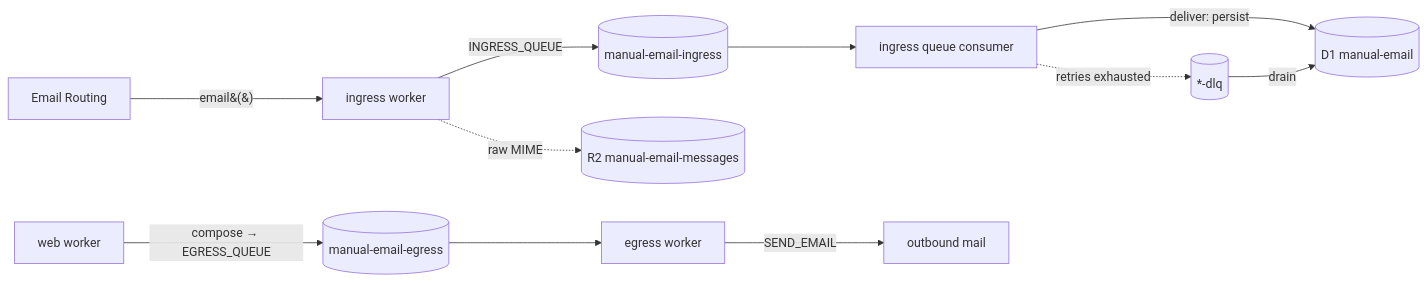
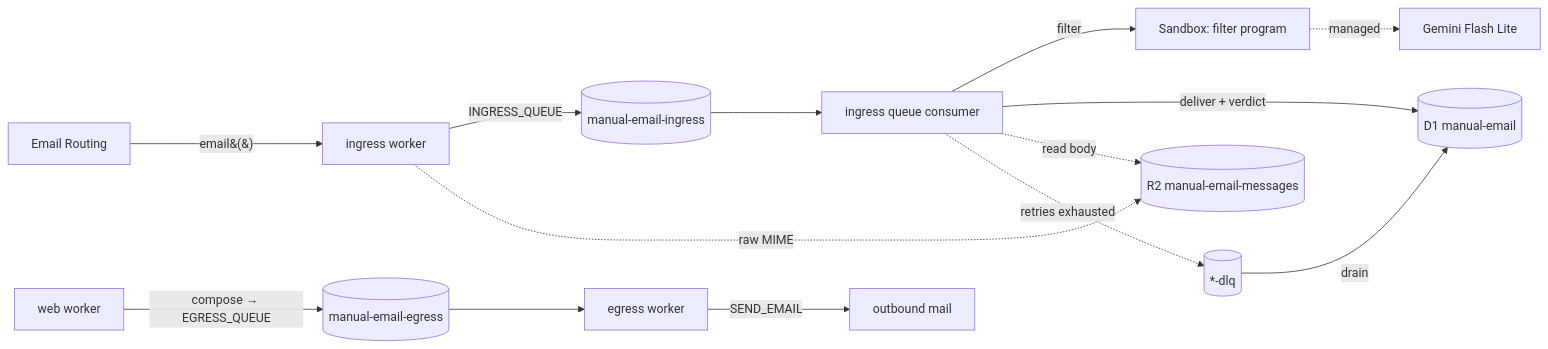
The diagram in docs/architecture.md (rorz/manual.email), drawn with Mermaid before and after one commit. The commit also changed other lines of this file and 20 other files, not shown here.

````diff
--- a/docs/architecture.md
+++ b/docs/architecture.md
@@ -27,12 +27,15 @@
 ```mermaid
 flowchart LR
   MX[Email Routing] -->|email&#40;&#41;| IN[ingress worker]
   IN -->|INGRESS_QUEUE| INQ[(manual-email-ingress)]
   INQ --> INC[ingress queue consumer]
-  INC -->|deliver: persist| D1[(D1 manual-email)]
+  INC -->|filter| SBX[Sandbox: filter program]
+  SBX -.managed.-> GEM[Gemini Flash Lite]
+  INC -->|deliver + verdict| D1[(D1 manual-email)]
   WEB[web worker] -->|compose → EGRESS_QUEUE| EGQ[(manual-email-egress)]
   EGQ --> EG[egress worker] -->|SEND_EMAIL| OUT[outbound mail]
   IN -.raw MIME.-> R2[(R2 manual-email-messages)]
+  INC -.read body.-> R2
   INC -.retries exhausted.-> DLQ[(*-dlq)]
   DLQ -->|drain| D1
 ```
````
